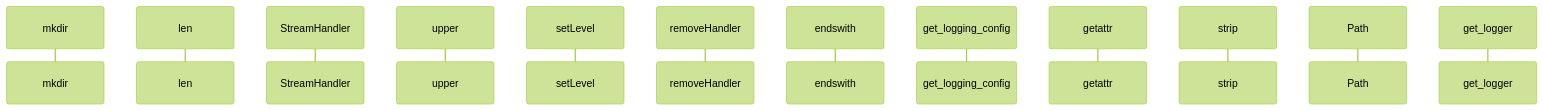
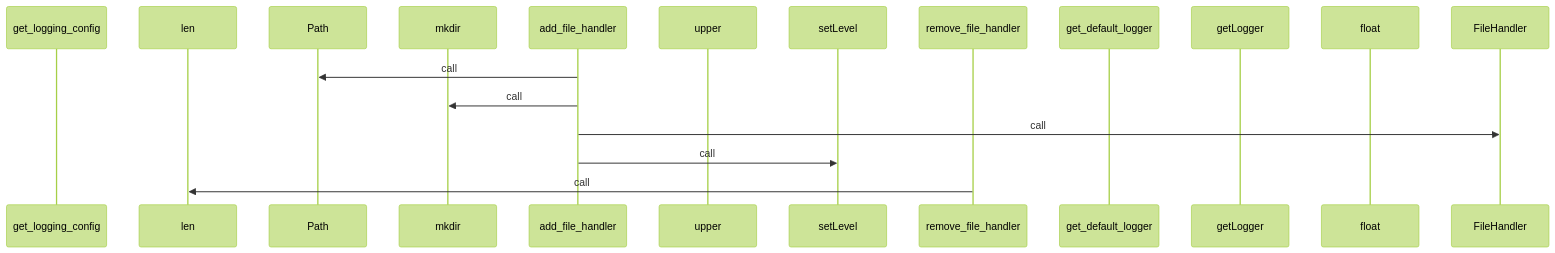
One commit to yeonjae-personal/codemuse-backend changed diagram 11 of 12 in generated_docs/rule_analyzer/shared/logging.md. Above: the diagram before and after it, drawn with Mermaid (forest theme). The commit also changed other lines of this file and 3378 other files, not shown here.

````diff
--- a/generated_docs/rule_analyzer/shared/logging.md
+++ b/generated_docs/rule_analyzer/shared/logging.md
@@ -717,15 +717,20 @@
 ```mermaid
 sequenceDiagram
+  participant get_logging_config as get_logging_config
+  participant len as len
+  participant Path as Path
   participant mkdir as mkdir
-  participant len as len
-  participant StreamHandler as StreamHandler
+  participant add_file_handler as add_file_handler
   participant upper as upper
   participant setLevel as setLevel
-  participant removeHandler as removeHandler
-  participant endswith as endswith
-  participant get_logging_config as get_logging_config
-  participant getattr as getattr
-  participant strip as strip
-  participant Path as Path
-  participant get_logger as get_logger
+  participant remove_file_handler as remove_file_handler
+  participant get_default_logger as get_default_logger
+  participant getLogger as getLogger
+  participant float as float
+  participant FileHandler as FileHandler
+  add_file_handler->>Path: call
+  add_file_handler->>mkdir: call
+  add_file_handler->>FileHandler: call
+  add_file_handler->>setLevel: call
+  remove_file_handler->>len: call
 ```
````
